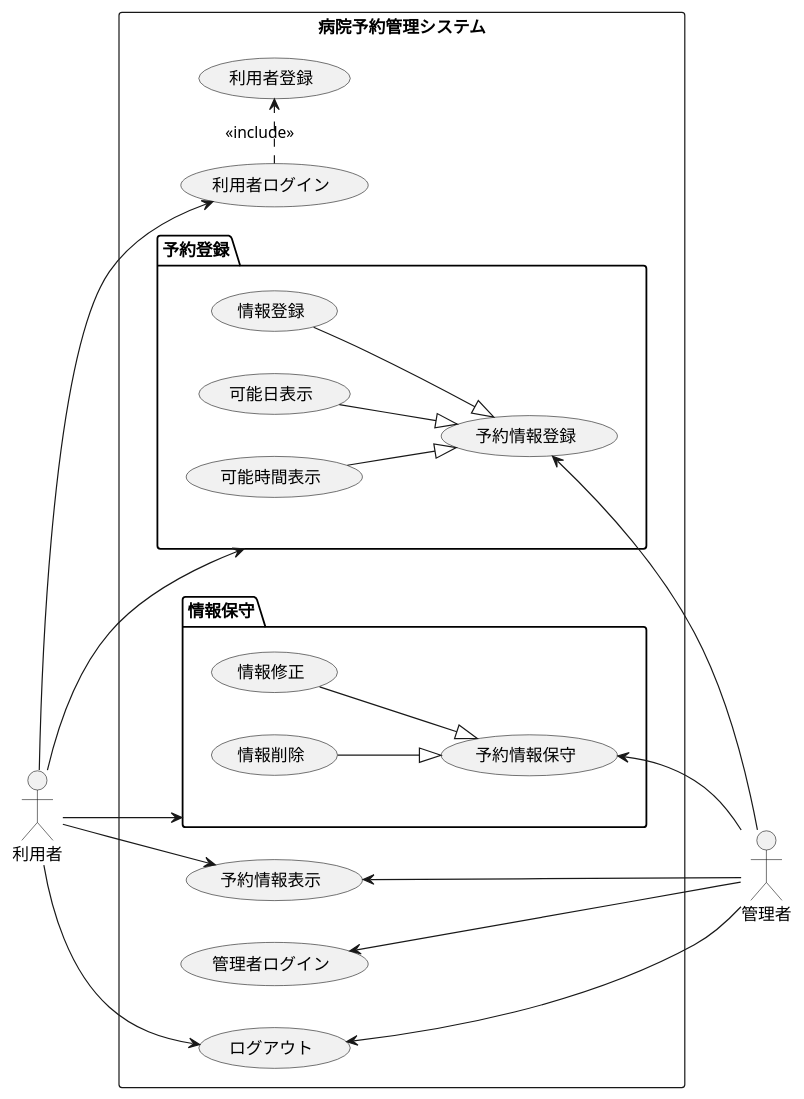
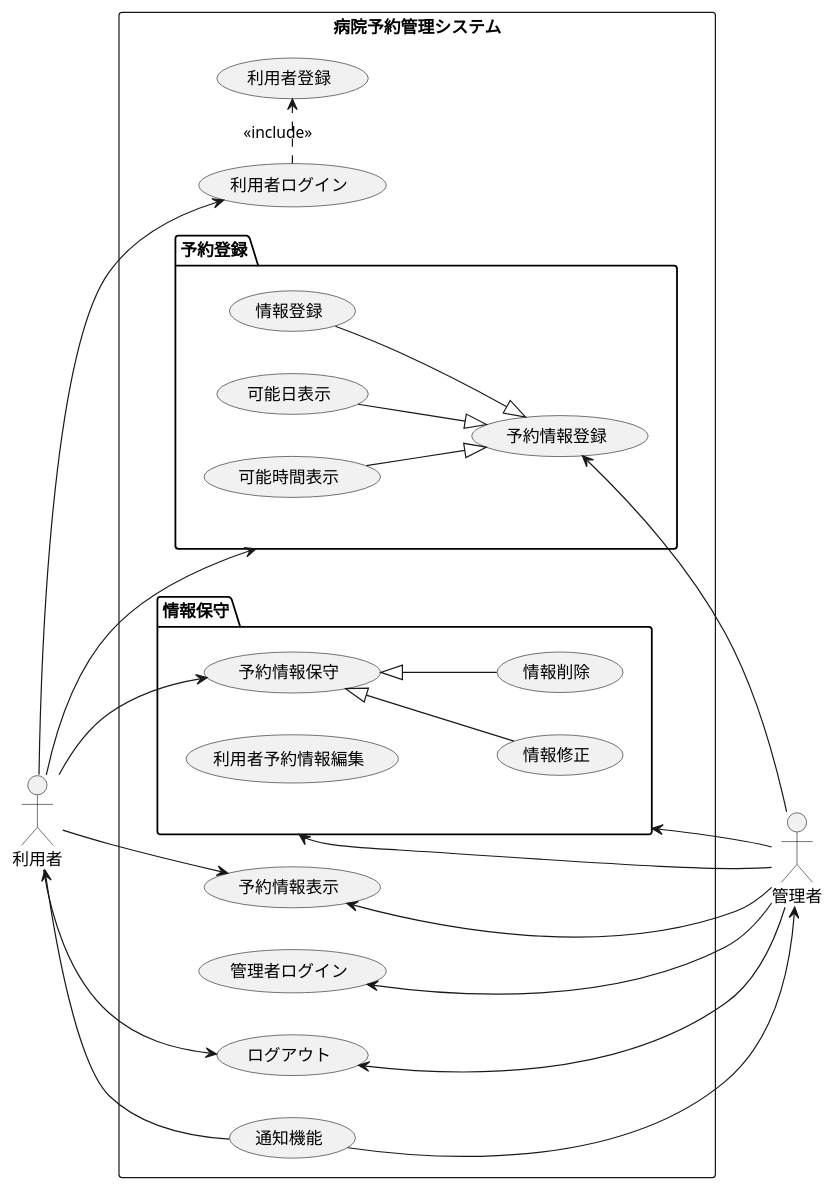
Before and after one commit to hitokin/uml_introduction: the diagram in group.pu, drawn with PlantUML.

Commit message:
通知追加

```diff
--- a/group.pu
+++ b/group.pu
@@ -1,42 +1,47 @@
 @startuml ユースケース図
 left to right direction
 actor 利用者
 actor 管理者
 rectangle 病院予約管理システム {
     usecase 利用者登録
     usecase 利用者ログイン
     usecase 管理者ログイン
     usecase 予約情報表示 
     usecase ログアウト
     利用者ログイン .> 利用者登録 : <<include>>
         package 予約登録 {
             usecase 予約情報登録
             usecase 情報登録
             usecase 可能日表示
             usecase 可能時間表示
             情報登録 --|> 予約情報登録
             可能日表示 --|> 予約情報登録
             可能時間表示 --|> 予約情報登録
         }
         package 情報保守 {
             usecase 予約情報保守
             usecase 情報修正
             usecase 情報削除
-          情報修正 --|> 予約情報保守 
-           情報削除--|> 予約情報保守 
+            usecase 利用者予約情報編集
+          予約情報保守 <|-- 情報修正 
+           予約情報保守 <|-- 情報削除 
         }
+        usecase 通知機能
     
         
     利用者 --> 利用者ログイン
     利用者 --> ログアウト
     利用者 -> 予約情報表示
     利用者 --> 予約登録
-    利用者 --> 情報保守
+    利用者 --> 予約情報保守
+    情報保守 <-- 管理者
     予約情報登録 <-- 管理者
-    予約情報保守 <- 管理者 
+    情報保守 <- 管理者 
     予約情報表示 <- 管理者
     管理者ログイン <- 管理者
     ログアウト <- 管理者
+    通知機能 --> 利用者
+    通知機能 --> 管理者
 }
 
 @endumll
```
